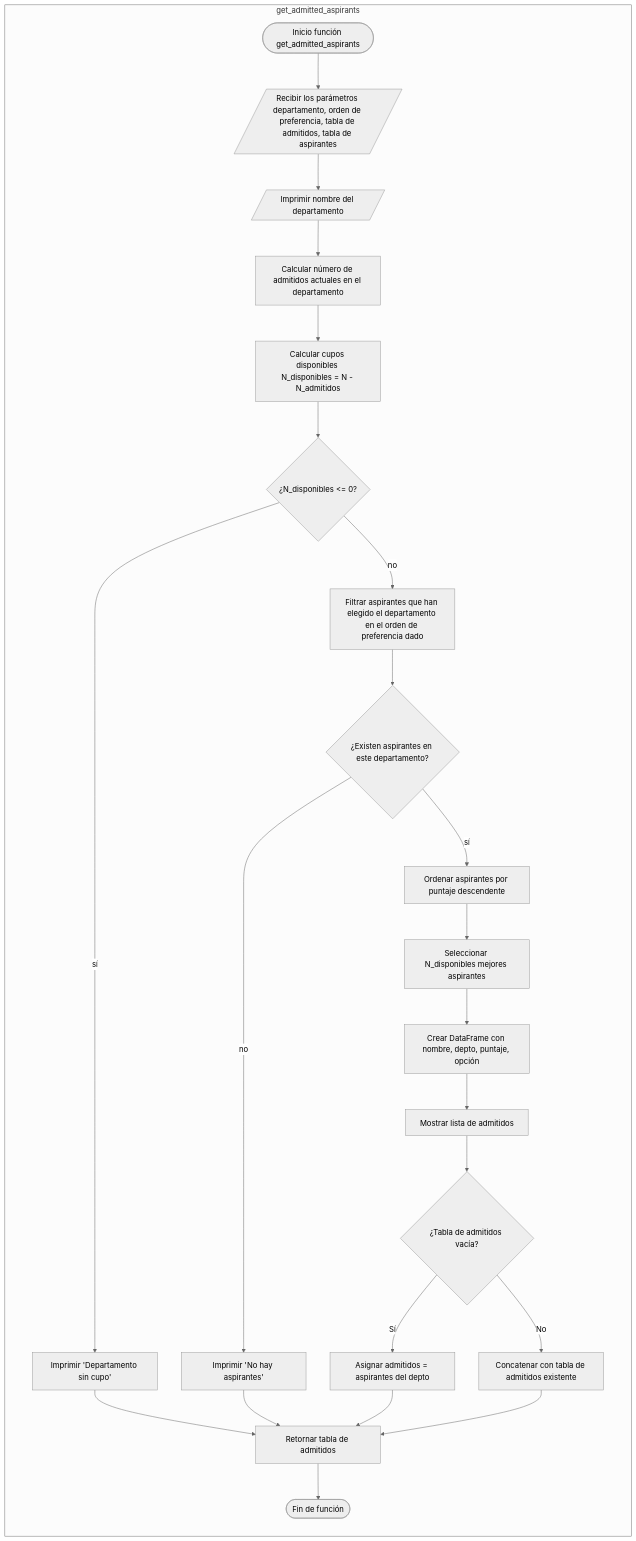
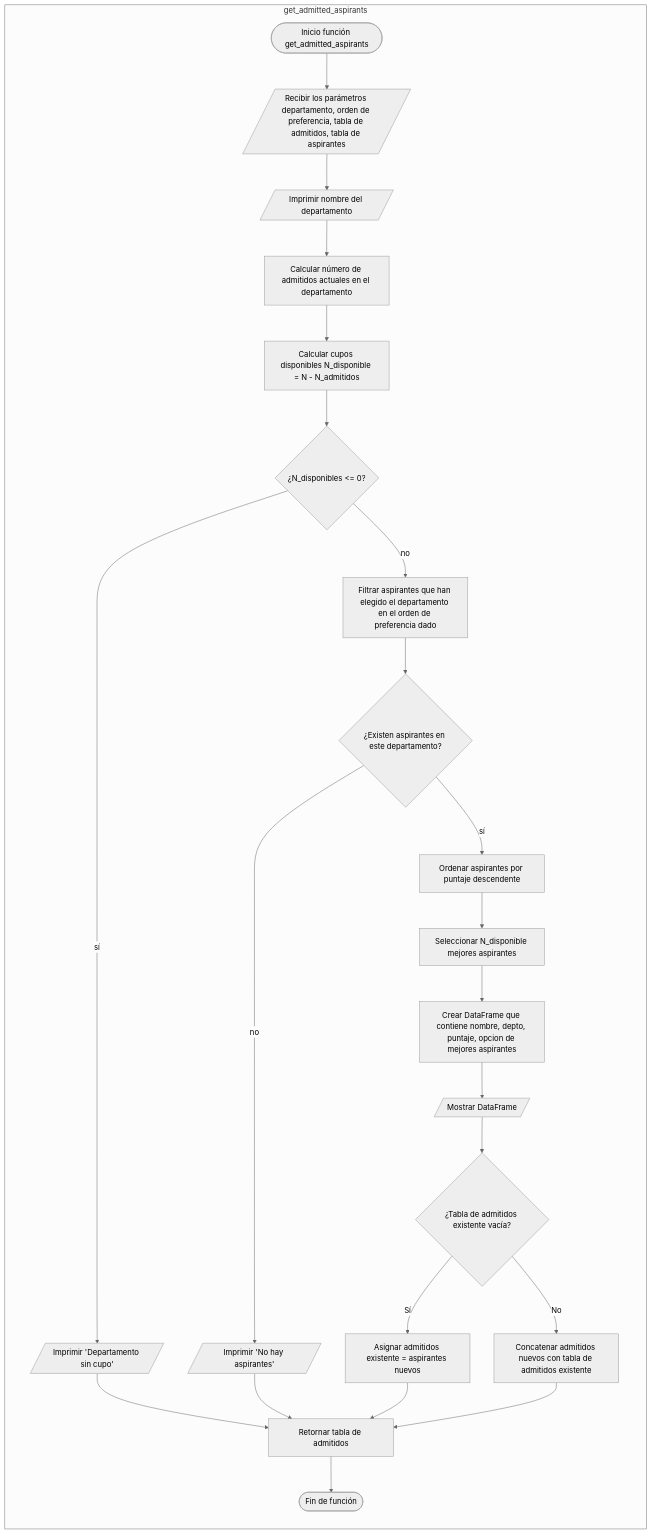
The diagram in Unidad_3/Proyecto_3_funciones_parte_2.mermaid (vshalisko/PythonIntro), drawn with Mermaid (neutral theme) before and after one commit.

```diff
--- a/Unidad_3/Proyecto_3_funciones_parte_2.mermaid
+++ b/Unidad_3/Proyecto_3_funciones_parte_2.mermaid
@@ -1,24 +1,24 @@
 flowchart TD
 
 subgraph get_admitted_aspirants
 direction TB
 A1([Inicio función get_admitted_aspirants]) --> B0
 B0[/Recibir los parámetros departamento, orden de preferencia, tabla de admitidos, tabla de aspirantes/] --> B1
 B1[/Imprimir nombre del departamento/] --> C1[Calcular número de admitidos actuales en el departamento]
-C1 --> D1[Calcular cupos disponibles N_disponibles = N - N_admitidos]
+C1 --> D1[Calcular cupos disponibles N_disponible = N - N_admitidos]
 D1 --> E1{¿N_disponibles <= 0?}
-E1 -- sí --> F1[Imprimir 'Departamento sin cupo'] --> Z1[Retornar tabla de admitidos]
+E1 -- sí --> F1[/Imprimir 'Departamento sin cupo'/] --> Z1
 E1 -- no --> G1[Filtrar aspirantes que han elegido el departamento en el orden de preferencia dado]
 G1 --> H1{¿Existen aspirantes en este departamento?}
-H1 -- no --> I1[Imprimir 'No hay aspirantes'] --> Z1
+H1 -- no --> I1[/Imprimir 'No hay aspirantes'/] --> Z1
 H1 -- sí --> J1[Ordenar aspirantes por puntaje descendente]
-J1 --> K1[Seleccionar N_disponibles mejores aspirantes]
-K1 --> L1[Crear DataFrame con nombre, depto, puntaje, opción]
-L1 --> M1[Mostrar lista de admitidos]
-M1 --> N1{¿Tabla de admitidos vacía?}
-N1 -- Sí --> O1[Asignar admitidos = aspirantes del depto]
+J1 --> K1[Seleccionar N_disponible mejores aspirantes]
+K1 --> L1[Crear DataFrame que contiene nombre, depto, puntaje, opcion de mejores aspirantes]
+L1 --> M1[/Mostrar DataFrame/]
+M1 --> N1{¿Tabla de admitidos existente vacía?}
+N1 -- Sí --> O1[Asignar admitidos existente = aspirantes nuevos]
 O1 --> Z1
-N1 -- No --> P1[Concatenar con tabla de admitidos existente]
+N1 -- No --> P1[Concatenar admitidos nuevos con tabla de admitidos existente]
 P1 --> Z1
-Z1 --> Q1([Fin de función])
+Z1[Retornar tabla de admitidos] --> Q1([Fin de función])
 end
```
